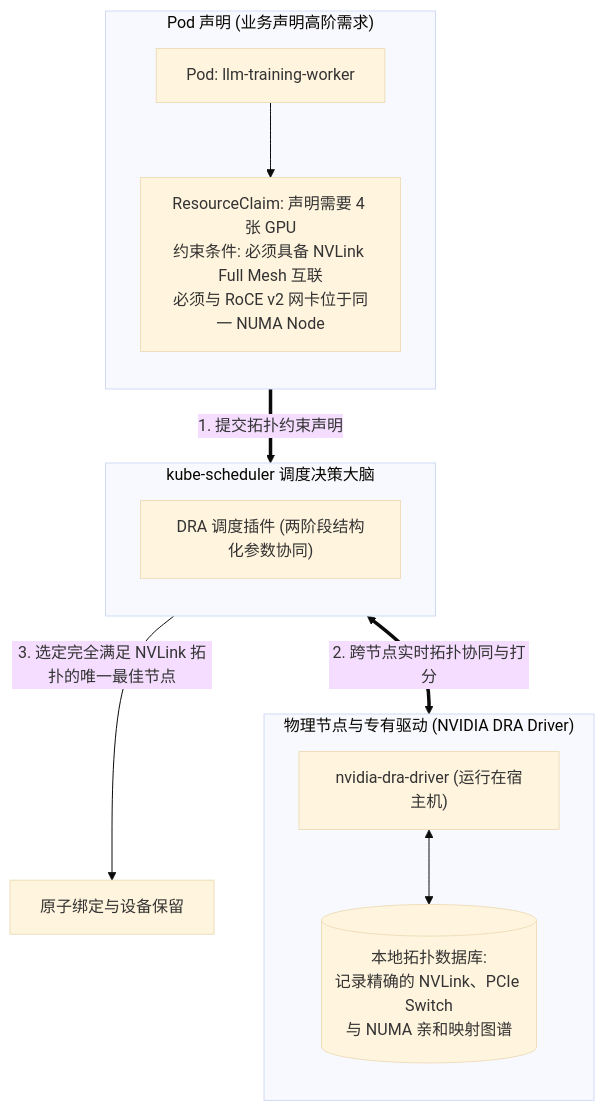
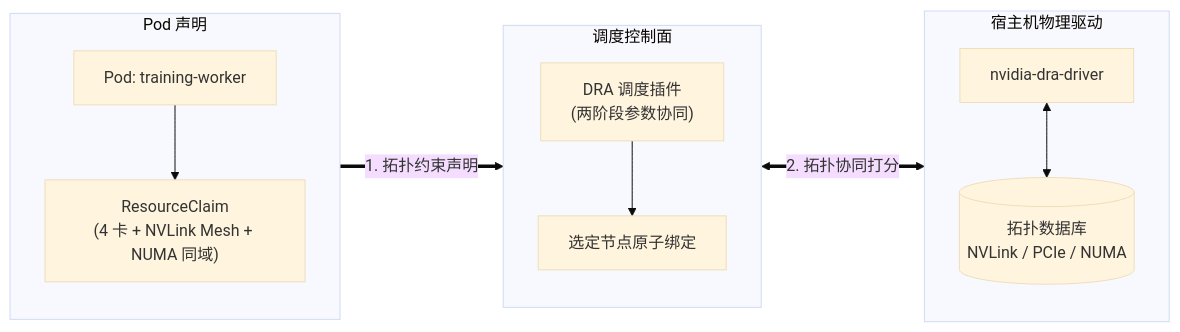
Before and after one commit to MoreConsequence/MoreConsequence.github.io: the fourth of 5 diagrams in content/posts/kubernetes-internals/k8s-15-gpu-virtualization-mig-dra-dynamic-resource-allocation.md, drawn with Mermaid (base theme). The commit also changed other lines of this file and 835 other files, not shown here.

First line of the commit message:
feat(blog): 全站33篇新增深度专栏与博文全量审核上线及矢量图表优化

````diff
--- a/content/posts/kubernetes-internals/k8s-15-gpu-virtualization-mig-dra-dynamic-resource-allocation.md
+++ b/content/posts/kubernetes-internals/k8s-15-gpu-virtualization-mig-dra-dynamic-resource-allocation.md
@@ -199,25 +199,26 @@
 ```mermaid
-flowchart TD
-    subgraph PodManifest["Pod 声明 (业务声明高阶需求)"]
+flowchart LR
+    subgraph PodManifest["Pod 声明"]
         direction TB
-        Pod["Pod: llm-training-worker"]
-        Claim["ResourceClaim: 声明需要 4 张 GPU<br/>约束条件: 必须具备 NVLink Full Mesh 互联<br/>必须与 RoCE v2 网卡位于同一 NUMA Node"]
+        Pod["Pod: training-worker"]
+        Claim["ResourceClaim<br/>(4 卡 + NVLink Mesh + NUMA 同域)"]
         Pod --> Claim
     end
 
-    subgraph K8sSchedulerPlane["kube-scheduler 调度决策大脑"]
+    subgraph K8sSchedulerPlane["调度控制面"]
         direction TB
-        DRAPlugin["DRA 调度插件 (两阶段结构化参数协同)"]
+        DRAPlugin["DRA 调度插件<br/>(两阶段参数协同)"]
+        Bind["选定节点原子绑定"]
+        DRAPlugin --> Bind
     end
 
-    subgraph NodeDriver["物理节点与专有驱动 (NVIDIA DRA Driver)"]
+    subgraph NodeDriver["宿主机物理驱动"]
         direction TB
-        Driver["nvidia-dra-driver (运行在宿主机)"]
-        TopologyDB[("本地拓扑数据库:<br/>记录精确的 NVLink、PCIe Switch<br/>与 NUMA 亲和映射图谱")]
+        Driver["nvidia-dra-driver"]
+        TopologyDB[("拓扑数据库<br/>NVLink / PCIe / NUMA")]
         Driver <--> TopologyDB
     end
 
-    Claim ==>|"1. 提交拓扑约束声明"| DRAPlugin
-    DRAPlugin <== "2. 跨节点实时拓扑协同与打分" ==> Driver
-    DRAPlugin -->|"3. 选定完全满足 NVLink 拓扑的唯一最佳节点"| Bind["原子绑定与设备保留"]
+    Claim ==>|"1. 拓扑约束声明"| DRAPlugin
+    DRAPlugin <== "2. 拓扑协同打分" ==> Driver
 ```
````
